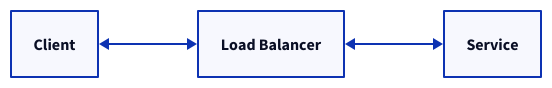
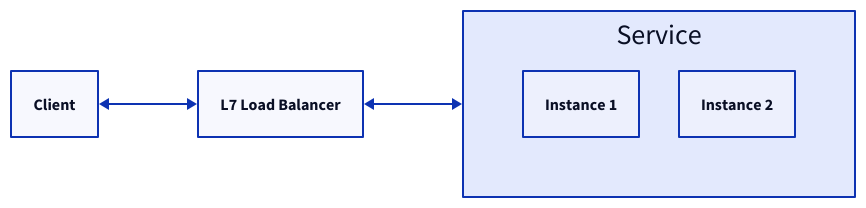
One commit to link1905/system-design-101 changed diagram 12 of 20 in content/docs/web-service/load-balancer.md. Above: the diagram before and after it, drawn with D2. The commit also changed other lines of this file and 14 other files, not shown here.

````diff
--- a/content/docs/web-service/load-balancer.md
+++ b/content/docs/web-service/load-balancer.md
@@ -425,15 +457,20 @@
 ```d2
-
 direction: right
 c: Client {
     class: client
 }
-lb: Load Balancer {
+lb: L7 Load Balancer {
     class: lb
 }
 s: Service {
+  grid-rows: 1
+  s1: Instance 1 {
     class: server
+  }
+  s2: Instance 2 {
+    class: server
+  }
 }
 c <-> lb
 lb <-> s
 ```
````
